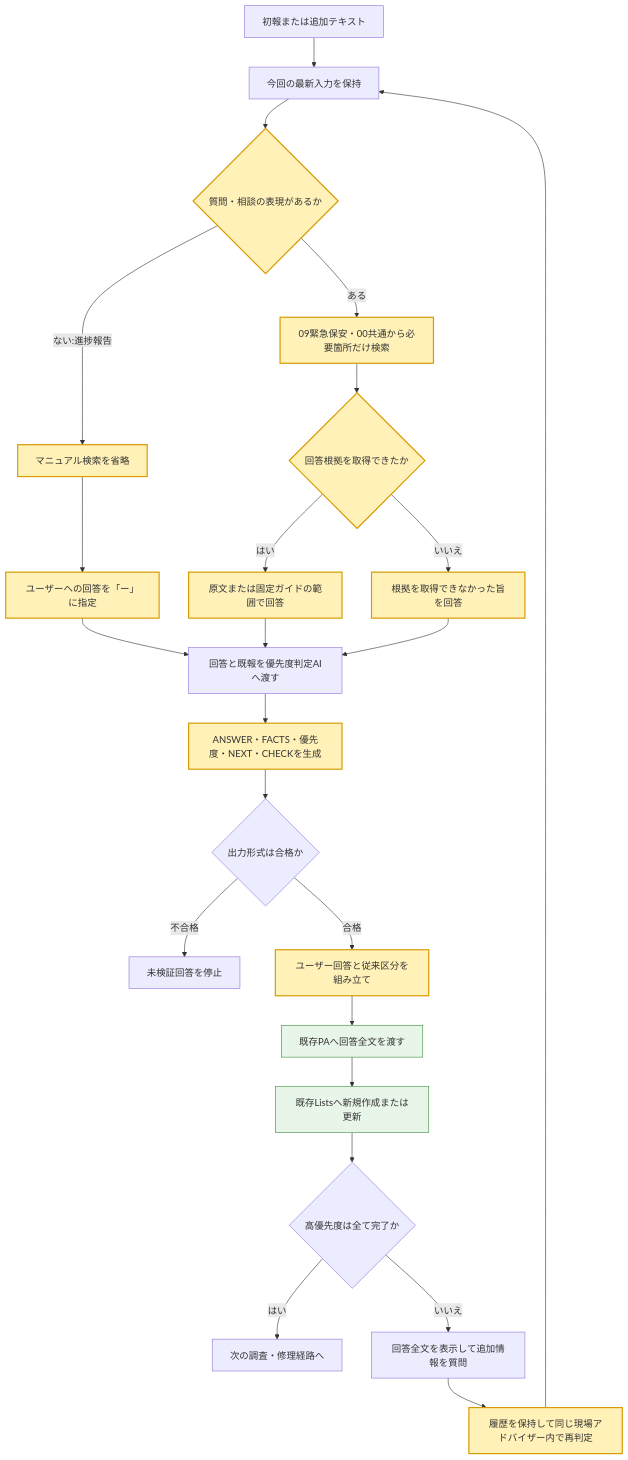
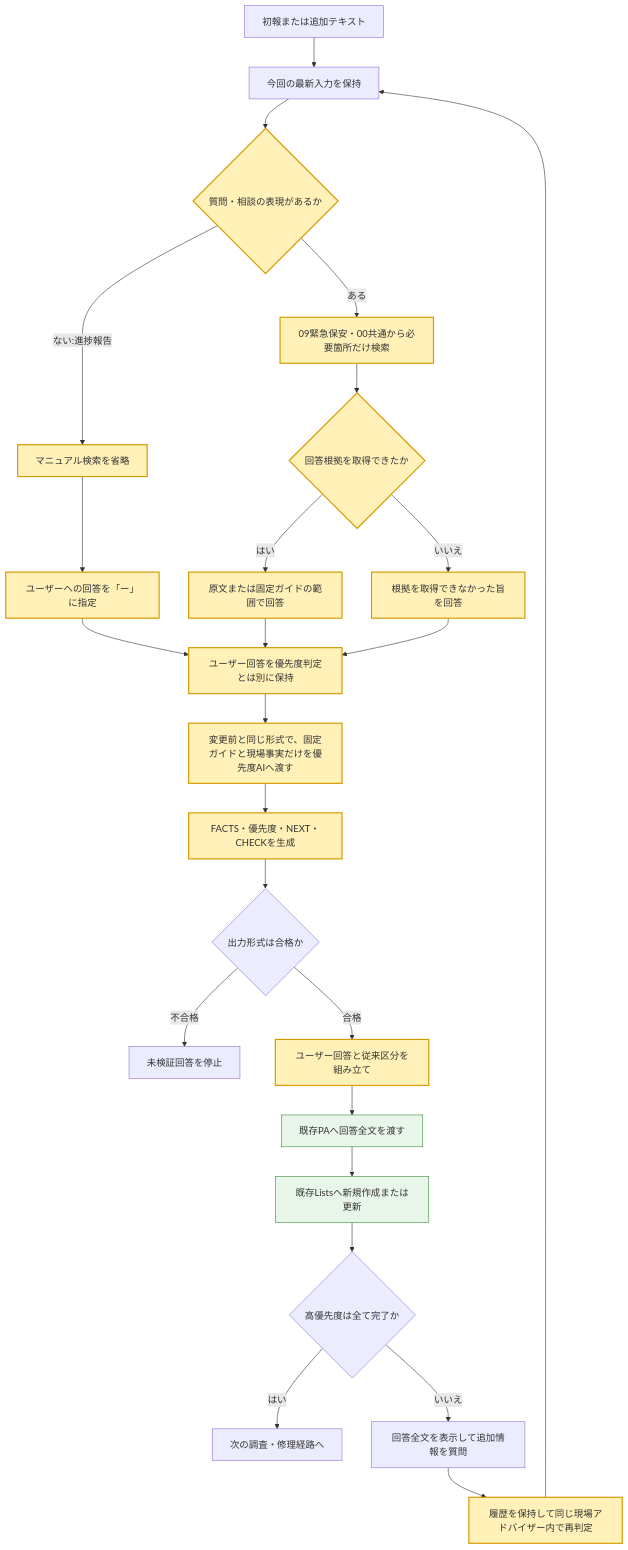
Before and after one commit to skuall555/TEST_COPA: the third of 6 diagrams in FIELD_CONSULT_IMAGE_FAST_20261116/変更前後フロー.md, drawn with Mermaid. The commit also changed other lines of this file and 14 other files, not shown here.

````diff
--- a/FIELD_CONSULT_IMAGE_FAST_20261116/変更前後フロー.md
+++ b/FIELD_CONSULT_IMAGE_FAST_20261116/変更前後フロー.md
@@ -64,30 +64,31 @@
 ```mermaid
 flowchart TD
     A[初報または追加テキスト] --> B[今回の最新入力を保持]
     B --> C{質問・相談の表現があるか}
     C -- ない:進捗報告 --> D[マニュアル検索を省略]
     D --> E[ユーザーへの回答を「ー」に指定]
     C -- ある --> F[09緊急保安・00共通から必要箇所だけ検索]
     F --> G{回答根拠を取得できたか}
     G -- はい --> H[原文または固定ガイドの範囲で回答]
     G -- いいえ --> I[根拠を取得できなかった旨を回答]
-    E --> J[回答と既報を優先度判定AIへ渡す]
+    E --> J[ユーザー回答を優先度判定とは別に保持]
     H --> J
     I --> J
-    J --> K[ANSWER・FACTS・優先度・NEXT・CHECKを生成]
-    K --> L{出力形式は合格か}
+    J --> K[変更前と同じ形式で、固定ガイドと現場事実だけを優先度AIへ渡す]
+    K --> U[FACTS・優先度・NEXT・CHECKを生成]
+    U --> L{出力形式は合格か}
     L -- 不合格 --> M[未検証回答を停止]
     L -- 合格 --> N[ユーザー回答と従来区分を組み立て]
     N --> O[既存PAへ回答全文を渡す]
     O --> P[既存Listsへ新規作成または更新]
     P --> Q{高優先度は全て完了か}
     Q -- はい --> R[次の調査・修理経路へ]
     Q -- いいえ --> S[回答全文を表示して追加情報を質問]
     S --> T[履歴を保持して同じ現場アドバイザー内で再判定]
     T --> B
 
     classDef new fill:#fff1b8,stroke:#d79b00,stroke-width:2px;
     classDef same fill:#e8f5e9,stroke:#388e3c;
-    class C,D,E,F,G,H,I,K,N,T new;
+    class C,D,E,F,G,H,I,J,K,U,N,T new;
     class O,P same;
 ```
````
